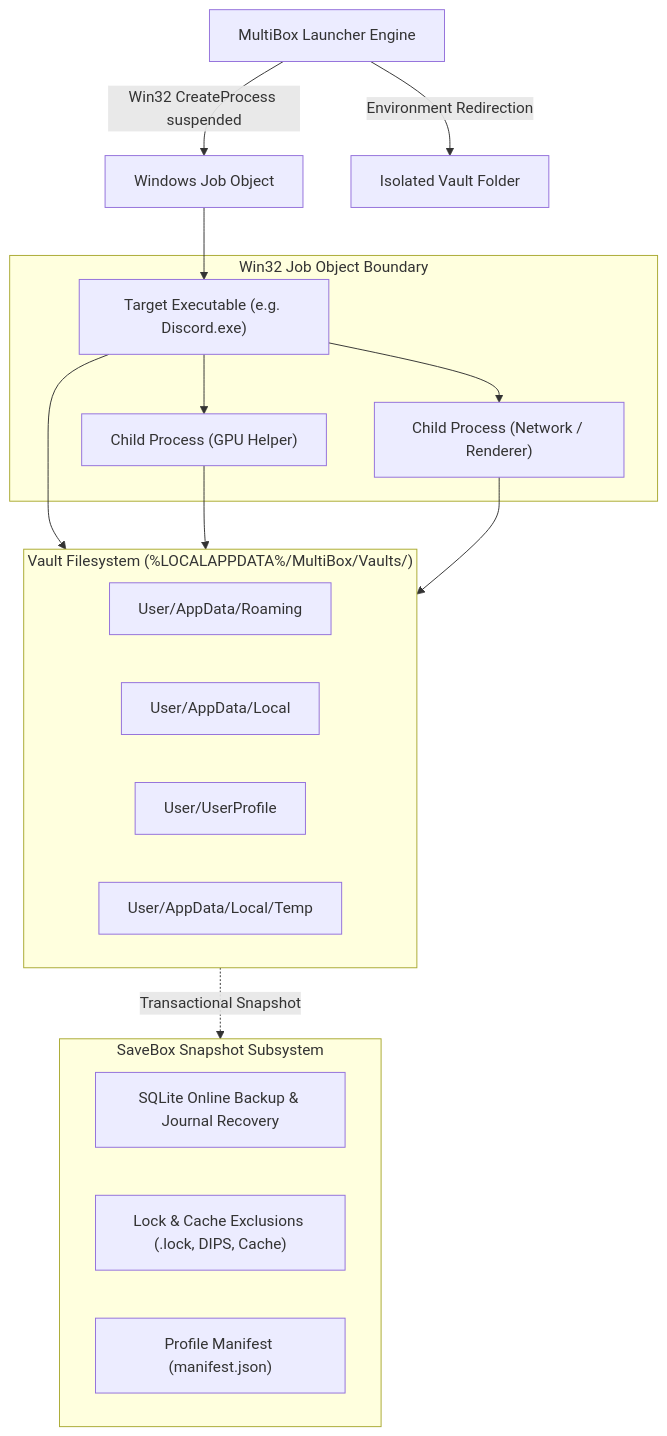
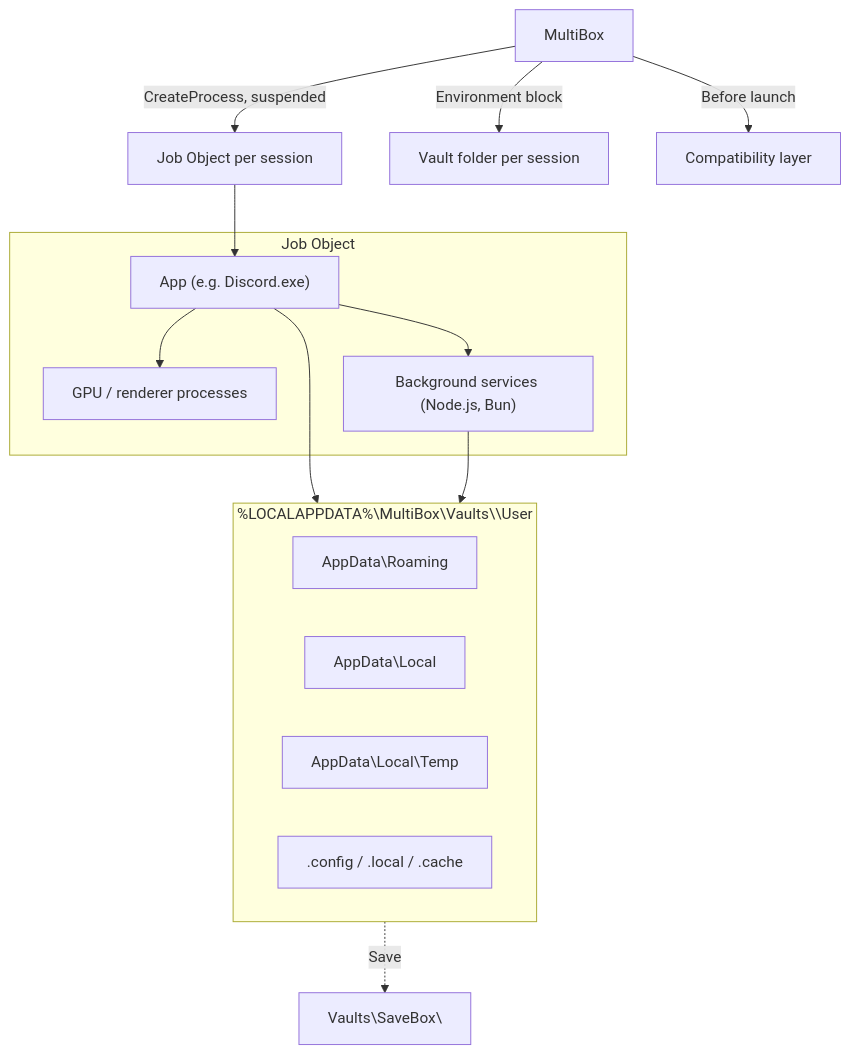
Before and after one commit to uranrog-01/MultiBox: the diagram in ARCHITECTURE.md, drawn with Mermaid. The commit also changed other lines of this file and 9 other files, not shown here.

````diff
--- a/ARCHITECTURE.md
+++ b/ARCHITECTURE.md
@@ -14,34 +24,28 @@
 ```mermaid
 flowchart TD
-    Launcher[MultiBox Launcher Engine] -->|Win32 CreateProcess suspended| Job[Windows Job Object]
-    Launcher -->|Environment Redirection| Vault[Isolated Vault Folder]
-    
-    subgraph JobBoundary["Win32 Job Object Boundary"]
-        ParentProc["Target Executable (e.g. Discord.exe)"]
-        Child1["Child Process (GPU Helper)"]
-        Child2["Child Process (Network / Renderer)"]
+    Launcher[MultiBox] -->|CreateProcess, suspended| Job[Job Object per session]
+    Launcher -->|Environment block| Vault[Vault folder per session]
+    Launcher -->|Before launch| Compat[Compatibility layer]
+
+    subgraph JobBoundary["Job Object"]
+        App["App (e.g. Discord.exe)"]
+        Child1["GPU / renderer processes"]
+        Child2["Background services (Node.js, Bun)"]
     end
-    
-    Job --> ParentProc
-    ParentProc --> Child1
-    ParentProc --> Child2
-    
-    subgraph StorageBoundary["Vault Filesystem (%LOCALAPPDATA%/MultiBox/Vaults/<id>)"]
-        VAppData["User/AppData/Roaming"]
-        VLocal["User/AppData/Local"]
-        VProfile["User/UserProfile"]
-        VTemp["User/AppData/Local/Temp"]
+
+    Job --> App
+    App --> Child1
+    App --> Child2
+
+    subgraph StorageBoundary["%LOCALAPPDATA%\MultiBox\Vaults\<id>\User"]
+        Roaming["AppData\Roaming"]
+        Local["AppData\Local"]
+        Temp["AppData\Local\Temp"]
+        Home[".config / .local / .cache"]
     end
-    
-    ParentProc --> StorageBoundary
-    Child1 --> StorageBoundary
+
+    App --> StorageBoundary
     Child2 --> StorageBoundary
-    
-    subgraph SaveBoxEngine["SaveBox Snapshot Subsystem"]
-        WAL["SQLite Online Backup & Journal Recovery"]
-        Exclude["Lock & Cache Exclusions (.lock, DIPS, Cache)"]
-        Manifest["Profile Manifest (manifest.json)"]
-    end
-    
-    StorageBoundary -.->|Transactional Snapshot| SaveBoxEngine
+
+    StorageBoundary -.->|Save| SaveBox["Vaults\SaveBox\<profile id>"]
 ```
````
